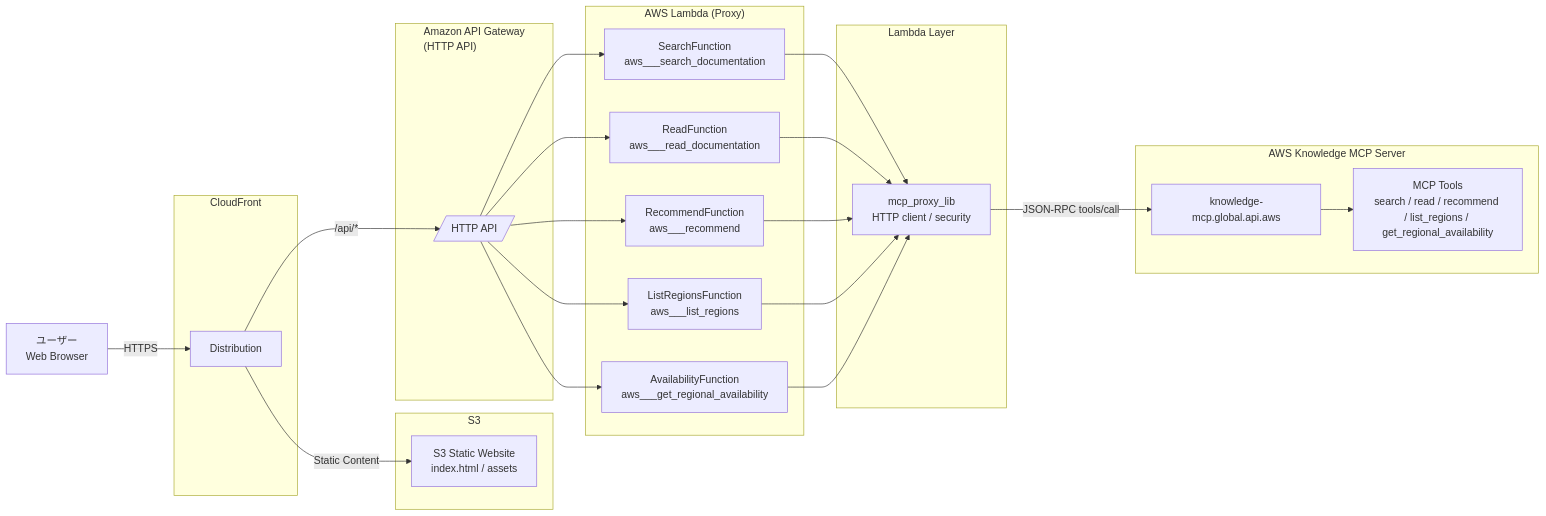
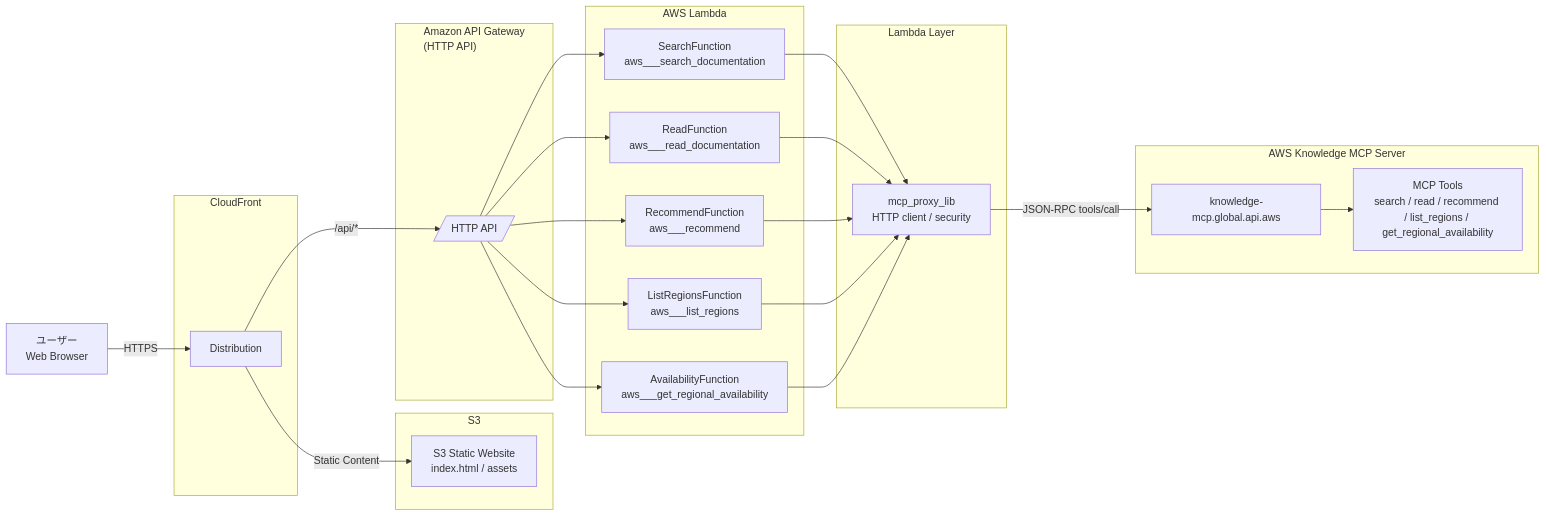
The diagram in README.md (hatanoyoshihiko/aws_knowledge_mcp_server), drawn with Mermaid before and after one commit. The commit also changed other lines of this file, not shown here.

Commit message:
delete proxy from mermaid.

````diff
--- a/README.md
+++ b/README.md
@@ -19,58 +19,58 @@
 ```mermaid
 flowchart LR
     User[ユーザー<br/>Web Browser]
 
     subgraph CloudFront["CloudFront"]
         CF[Distribution]
     end
 
     subgraph S3["S3"]
         UI[S3 Static Website<br/>index.html / assets]
     end
 
     subgraph APIGW["Amazon API Gateway<br/>(HTTP API)"]
         API[/HTTP API/]
     end
 
-    subgraph Lambda["AWS Lambda (Proxy)"]
+    subgraph Lambda["AWS Lambda"]
         SearchFn["SearchFunction<br/>aws___search_documentation"]
         ReadFn["ReadFunction<br/>aws___read_documentation"]
         RecommendFn["RecommendFunction<br/>aws___recommend"]
         ListRegionsFn["ListRegionsFunction<br/>aws___list_regions"]
         AvailabilityFn["AvailabilityFunction<br/>aws___get_regional_availability"]
     end
 
     subgraph Layer["Lambda Layer"]
         ProxyLib["mcp_proxy_lib<br/>HTTP client / security"]
     end
 
     subgraph MCP["AWS Knowledge MCP Server"]
         MCPAPI["knowledge-mcp.global.api.aws"]
         Tools["MCP Tools<br/>search / read / recommend / list_regions / get_regional_availability"]
     end
 
     %% User Flow
     User -->|HTTPS| CF
 
     %% CloudFront Routing
     CF -->|Static Content| UI
     CF -->|/api/*| API
 
     %% API Gateway to Lambda
     API --> SearchFn
     API --> ReadFn
     API --> RecommendFn
     API --> ListRegionsFn
     API --> AvailabilityFn
 
     %% Lambda uses Layer
     SearchFn --> ProxyLib
     ReadFn --> ProxyLib
     RecommendFn --> ProxyLib
     ListRegionsFn --> ProxyLib
     AvailabilityFn --> ProxyLib
 
     %% Lambda to MCP
     ProxyLib -->|JSON-RPC tools/call| MCPAPI
     MCPAPI --> Tools
 ```
````
